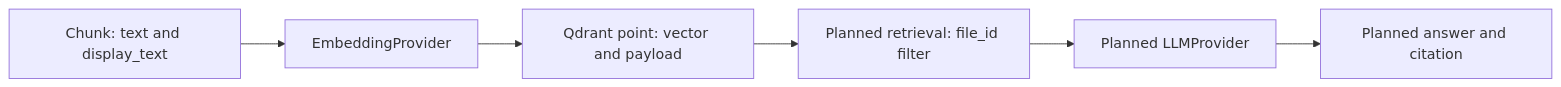
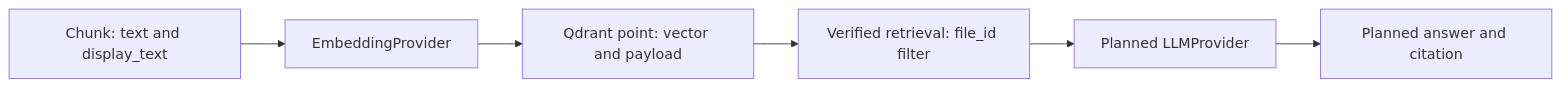
The diagram in .agents/skills/rag/SKILL.md (RyxnDmello/atlas), drawn with Mermaid before and after one commit. The commit also changed other lines of this file and 17 other files, not shown here.

````diff
--- a/.agents/skills/rag/SKILL.md
+++ b/.agents/skills/rag/SKILL.md
@@ -98,8 +104,8 @@
 ```mermaid
 flowchart LR
     Chunk["Chunk: text and display_text"] --> Embed["EmbeddingProvider"]
     Embed --> Point["Qdrant point: vector and payload"]
-    Point --> Retrieve["Planned retrieval: file_id filter"]
+    Point --> Retrieve["Verified retrieval: file_id filter"]
     Retrieve --> Generate["Planned LLMProvider"]
     Generate --> Answer["Planned answer and citation"]
 ```
````
